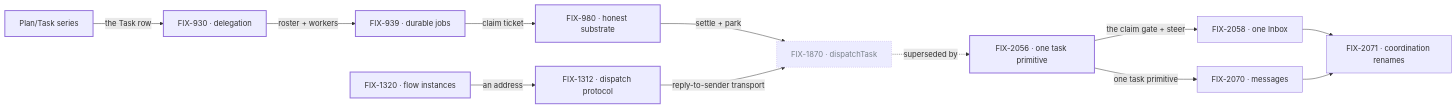
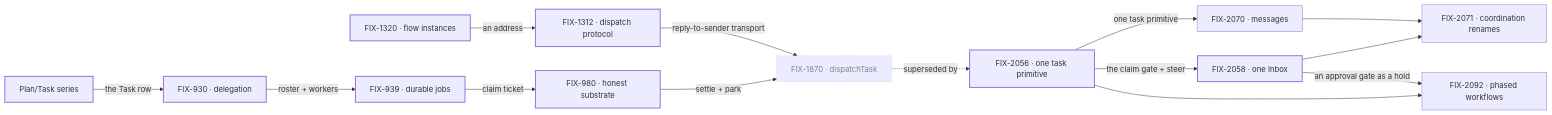
One commit to fixpoint-labs/flow-state-dev changed the diagram in spec/_projects/orchestration-primitives/SPEC.md. Above: the diagram before and after it, drawn with Mermaid. The commit also changed other lines of this file and 4 other files, not shown here.

````diff
--- a/spec/_projects/orchestration-primitives/SPEC.md
+++ b/spec/_projects/orchestration-primitives/SPEC.md
@@ -45,18 +46,20 @@
 ```mermaid
 flowchart LR
   PT["Plan/Task series"] -->|"the Task row"| D930["FIX-930 · delegation"]
   D930 -->|"roster + workers"| D939["FIX-939 · durable jobs"]
   D939 -->|"claim ticket"| D980["FIX-980 · honest substrate"]
   D1320["FIX-1320 · flow instances"] -->|"an address"| D1312["FIX-1312 · dispatch protocol"]
   D980 -->|"settle + park"| D1870["FIX-1870 · dispatchTask"]
   D1312 -->|"reply-to-sender transport"| D1870
   D1870 -.->|"superseded by"| D2056["FIX-2056 · one task primitive"]
   D2056 -->|"the claim gate + steer"| D2058["FIX-2058 · one Inbox"]
   D2056 -->|"one task primitive"| D2070["FIX-2070 · messages"]
   D2058 --> D2071["FIX-2071 · coordination renames"]
   D2070 --> D2071
+  D2056 --> D2092["FIX-2092 · phased workflows"]
+  D2058 -->|"an approval gate as a hold"| D2092
   classDef done stroke-width:2px
   classDef canceled stroke-dasharray:1 3,color:#7A828B
-  class PT,D930,D939,D980,D1320,D1312,D2056 done
+  class PT,D930,D939,D980,D1320,D1312,D2056,D2058 done
   class D1870 canceled
 ```
````
